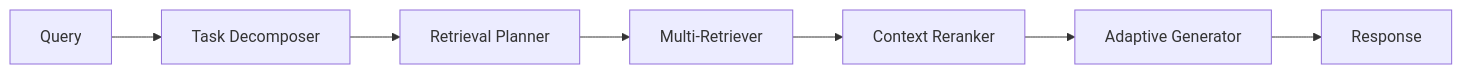
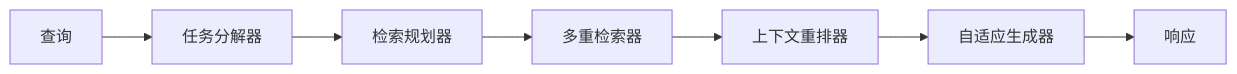
One commit to Rito-w/adaptiverag changed the diagram in docs/README.md. Above: the diagram before and after it, drawn with Mermaid. The commit also changed other lines of this file and 10 other files, not shown here.

````diff
--- a/docs/README.md
+++ b/docs/README.md
@@ -63,9 +63,9 @@
 ```mermaid
 graph LR
-    A[Query] --> B[Task Decomposer]
-    B --> C[Retrieval Planner]
-    C --> D[Multi-Retriever]
-    D --> E[Context Reranker]
-    E --> F[Adaptive Generator]
-    F --> G[Response]
+    A[查询] --> B[任务分解器]
+    B --> C[检索规划器]
+    C --> D[多重检索器]
+    D --> E[上下文重排器]
+    E --> F[自适应生成器]
+    F --> G[响应]
 ```
````
